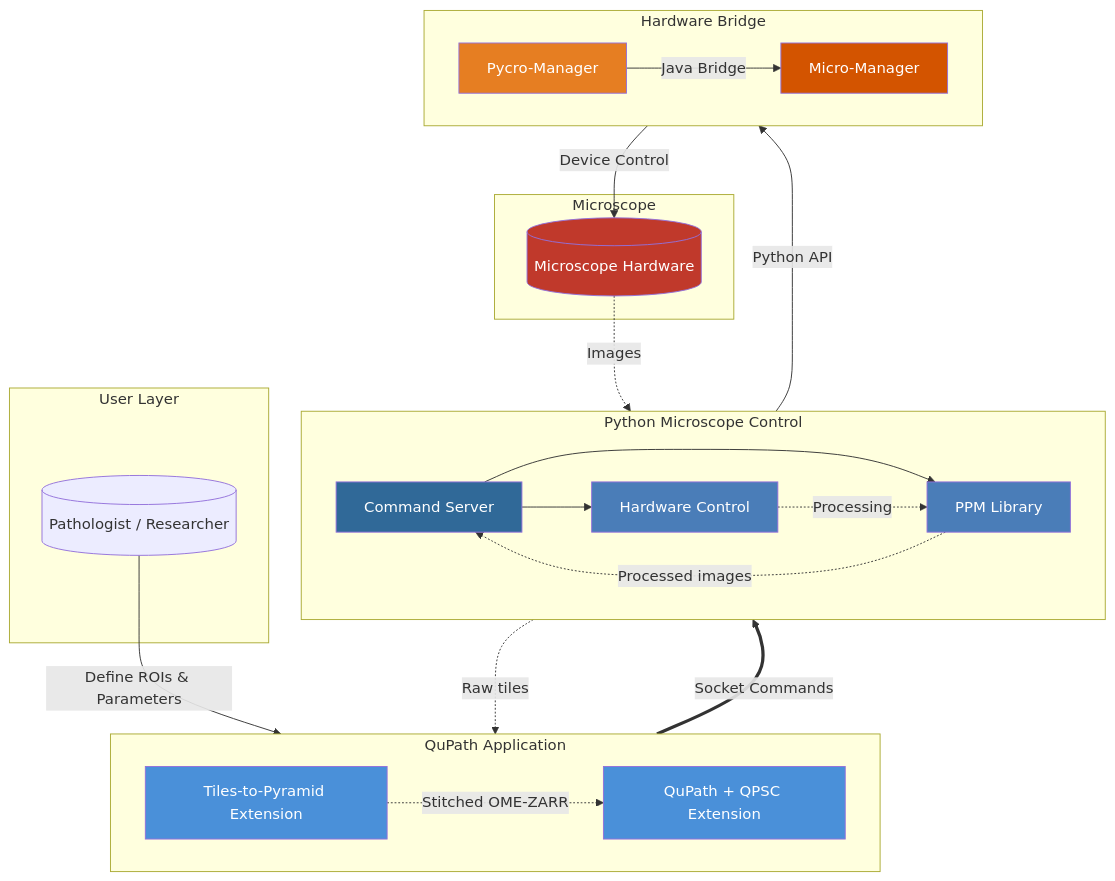
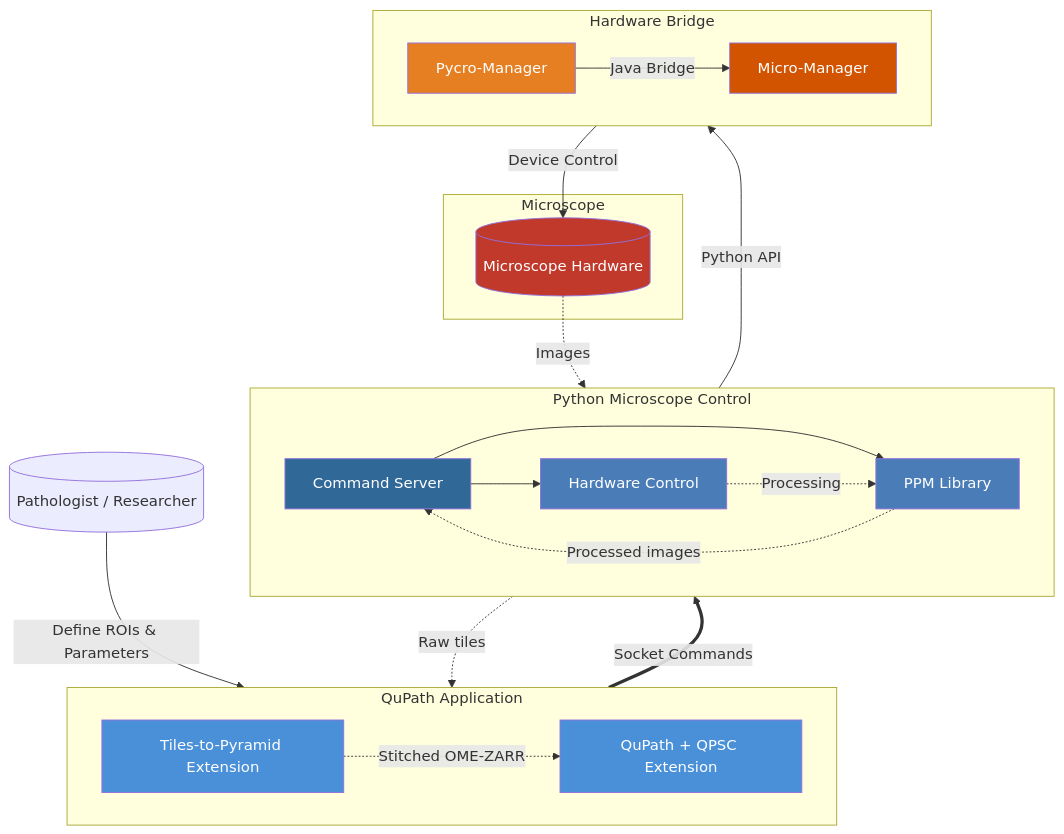
The first of 3 diagrams in README.md (uw-loci/QPSC), drawn with Mermaid before and after one commit. The commit also changed other lines of this file, not shown here.

Commit message:
Add hardware requirement note, fix diagram overlap, remove duplicate section
- Add note that QPSC requires motorized/automated hardware and does not
  make manual microscopes automated
- Remove User Layer subgraph to prevent arrow from obscuring the QuPath
  Application subgraph label
- Remove Repository Ecosystem image section (duplicated by Mermaid diagram
  and Component Repositories table)

````diff
--- a/README.md
+++ b/README.md
@@ -17,60 +19,58 @@
 ```mermaid
 flowchart TB
-    subgraph User["User Layer"]
-        U[("Pathologist / Researcher")]
-    end
+    U[("Pathologist / Researcher")]
 
     subgraph QuPath["QuPath Application"]
         direction LR
         QP["QuPath + QPSC Extension"]
         T2P["Tiles-to-Pyramid Extension"]
     end
 
     subgraph Python["Python Microscope Control"]
         direction LR
         SRV["Command Server"]
         CTRL["Hardware Control"]
         PPM["PPM Library"]
     end
 
     subgraph Bridge["Hardware Bridge"]
         direction LR
         PM["Pycro-Manager"]
         MM["Micro-Manager"]
     end
 
     subgraph Hardware["Microscope"]
         HW[("Microscope Hardware")]
     end
 
     U -->|"Define ROIs & Parameters"| QP
     QP ==>|"Socket Commands"| SRV
     SRV --> CTRL
     SRV --> PPM
     CTRL -->|"Python API"| PM
     PM -->|"Java Bridge"| MM
     MM -->|"Device Control"| HW
 
     HW -.->|"Images"| CTRL
     CTRL -.->|"Processing"| PPM
     PPM -.->|"Processed images"| SRV
     SRV -.->|"Raw tiles"| T2P
     T2P -.->|"Stitched OME-ZARR"| QP
 
     style QP fill:#4A90D9,color:#fff
     style T2P fill:#4A90D9,color:#fff
     style SRV fill:#306998,color:#fff
     style CTRL fill:#4A7DB8,color:#fff
     style PPM fill:#4A7DB8,color:#fff
     style PM fill:#E67E22,color:#fff
     style MM fill:#D35400,color:#fff
     style HW fill:#C0392B,color:#fff
 
     click QP "https://github.com/uw-loci/qupath-extension-qpsc" "QPSC Extension Repository"
     click T2P "https://github.com/uw-loci/qupath-extension-tiles-to-pyramid" "Tiles-to-Pyramid Extension Repository"
     click SRV "https://github.com/uw-loci/microscope_command_server" "Command Server Repository"
     click CTRL "https://github.com/uw-loci/microscope_control" "Hardware Control Repository"
     click PPM "https://github.com/uw-loci/ppm_library" "PPM Library Repository"
     click PM "https://pycro-manager.readthedocs.io/" "Pycro-Manager Documentation"
     click MM "https://micro-manager.org/" "Micro-Manager Website"
 ```
````
